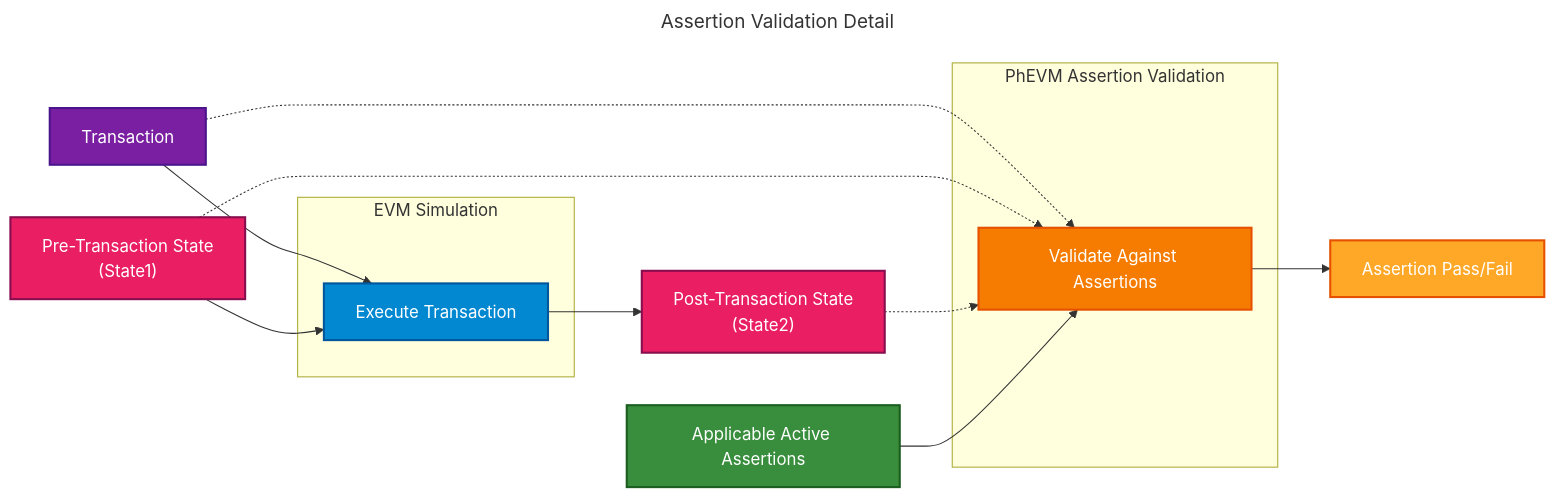
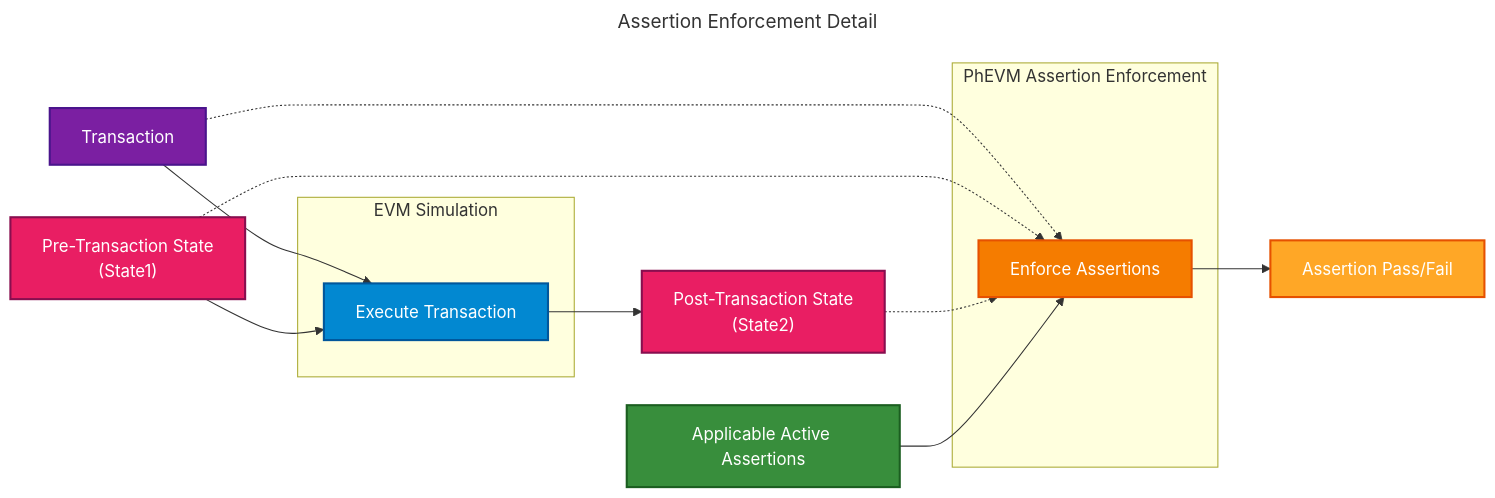
The diagram in credible/assertion-enforcer.mdx (phylaxsystems/phylax-docs), drawn with Mermaid before and after one commit. The commit also changed other lines of this file and 81 other files, not shown here.

````diff
--- a/credible/assertion-enforcer.mdx
+++ b/credible/assertion-enforcer.mdx
@@ -26,46 +26,46 @@
 ```mermaid
 ---
-title: Assertion Validation Detail
+title: Assertion Enforcement Detail
 ---
 flowchart LR
     TX["Transaction"]
     STATE1["Pre-Transaction State<br/>(State1)"]
 
     subgraph simulation["EVM Simulation"]
         EVM["Execute Transaction"]
     end
 
     STATE2["Post-Transaction State<br/>(State2)"]
 
-    subgraph validation["PhEVM Assertion Validation"]
-        PhEVM["Validate Against Assertions"]
+    subgraph enforcement["PhEVM Assertion Enforcement"]
+        PhEVM["Enforce Assertions"]
     end
 
     ASSERTIONS["Applicable Active Assertions"]
     RESULT["Assertion Pass/Fail"]
 
     TX --> EVM
     STATE1 --> EVM
     EVM --> STATE2
 
     TX -.-> PhEVM
     STATE1 -.-> PhEVM
     STATE2 -.-> PhEVM
     ASSERTIONS --> PhEVM
 
     PhEVM --> RESULT
 
     classDef state fill:#e91e63,stroke:#880e4f,stroke-width:2px,color:#fff
     classDef evm fill:#0288d1,stroke:#01579b,stroke-width:2px,color:#fff
     classDef phevm fill:#f57c00,stroke:#e65100,stroke-width:2px,color:#fff
     classDef assertions fill:#388e3c,stroke:#1b5e20,stroke-width:2px,color:#fff
     classDef tx fill:#7b1fa2,stroke:#4a148c,stroke-width:2px,color:#fff
     classDef result fill:#ffa726,stroke:#e65100,stroke-width:2px,color:#fff
 
     class STATE1,STATE2 state
     class EVM evm
     class PhEVM phevm
     class ASSERTIONS assertions
     class TX tx
     class RESULT result
 ```
````
